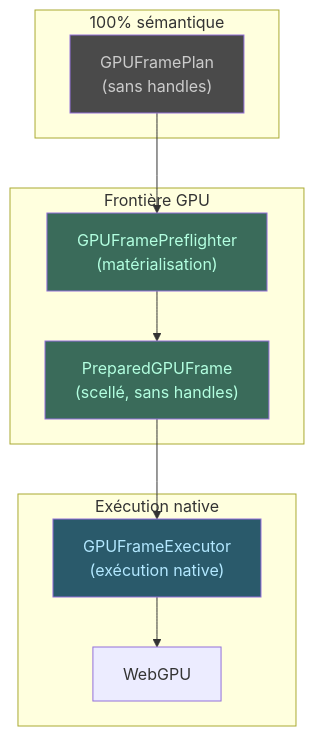
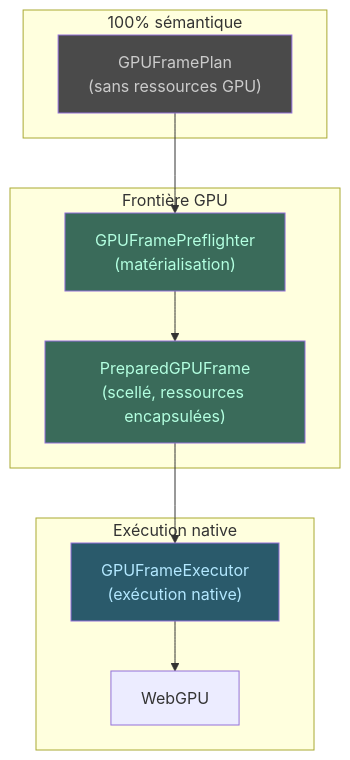
The diagram in docs/architecture/docs/concepts/pre-vol-execution.md (ygdrasil-io/kanvas), drawn with Mermaid before and after one commit. The commit also changed 5 other files, not shown here.

Commit message:
docs: replace 'sans handles' jargon with clear French

````diff
--- a/docs/architecture/docs/concepts/pre-vol-execution.md
+++ b/docs/architecture/docs/concepts/pre-vol-execution.md
@@ -8,26 +8,26 @@
 ```mermaid
 flowchart TD
-    PLAN["GPUFramePlan\n(sans handles)"] --> PRE["GPUFramePreflighter\n(matérialisation)"]
-    PRE --> PGF["PreparedGPUFrame\n(scellé, sans handles)"]
+    PLAN["GPUFramePlan\n(sans ressources GPU)"] --> PRE["GPUFramePreflighter\n(matérialisation)"]
+    PRE --> PGF["PreparedGPUFrame\n(scellé, ressources encapsulées)"]
     PGF --> EXEC["GPUFrameExecutor\n(exécution native)"]
     EXEC --> GPU["WebGPU"]
 
     subgraph "100% sémantique"
         PLAN
     end
 
     subgraph "Frontière GPU"
         PRE
         PGF
     end
 
     subgraph "Exécution native"
         EXEC
         GPU
     end
 
     style PLAN fill:#4a4a4a,color:#ccc
     style PRE fill:#3a6b5a,color:#b3ffe0
     style PGF fill:#3a6b5a,color:#b3ffe0
     style EXEC fill:#2a5a6b,color:#b3e8ff
 ```
````
